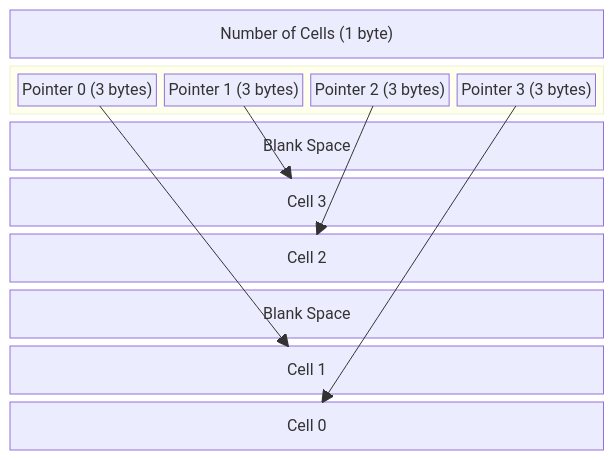
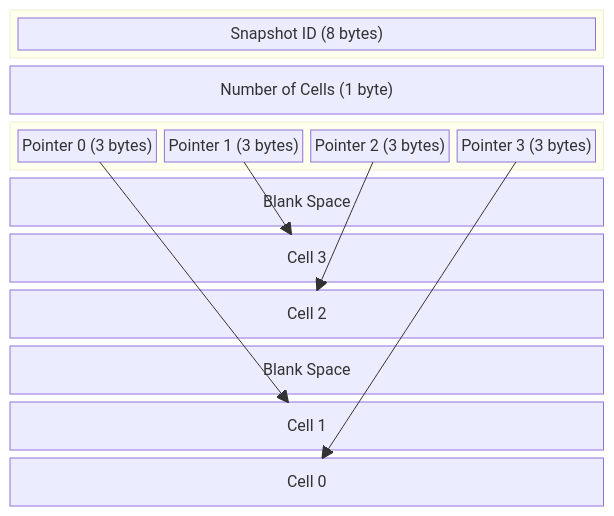
Before and after one commit to base/triedb: the fourth of 8 diagrams in README.md, drawn with Mermaid. The commit also changed other lines of this file, not shown here.

Commit message:
Header block

````diff
--- a/README.md
+++ b/README.md
@@ -112,19 +116,22 @@
 ```mermaid
 block-beta
   columns 1
+  block:outer
+    snapshotId["Snapshot ID (8 bytes)"]
+  end
   NumCells["Number of Cells (1 byte)"]
   block
     P0["Pointer 0 (3 bytes)"] P1["Pointer 1 (3 bytes)"] P2["Pointer 2 (3 bytes)"] P3["Pointer 3 (3 bytes)"]
   end
   Blank1["Blank Space"]
   C3["Cell 3"]
   C2["Cell 2"]
   Blank2["Blank Space"]
   C1["Cell 1"]
   C0["Cell 0"]
 
   P0-->C1
   P1-->C3
   P2-->C2
   P3-->C0
 ```
````
